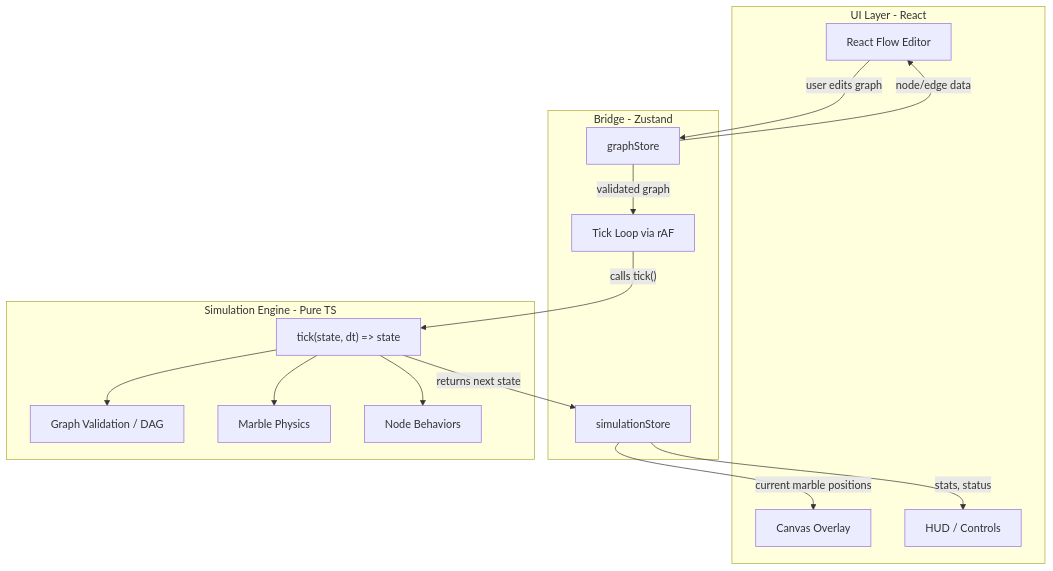
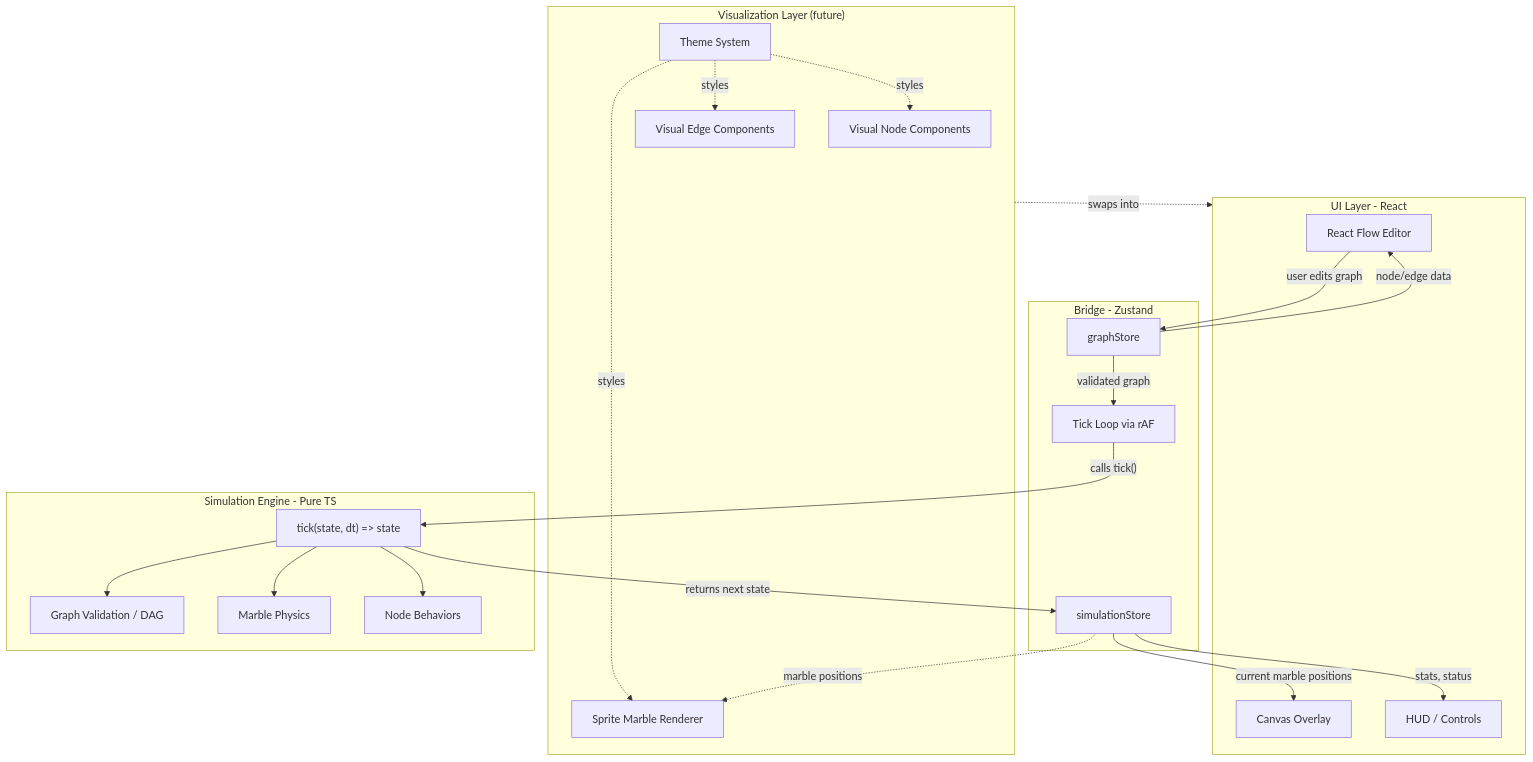
One commit to clemniem/marble_machine_simulator changed the first of 3 diagrams in ARCHITECTURE.md. Above: the diagram before and after it, drawn with Mermaid. The commit also changed other lines of this file, not shown here.

Commit message:
Vis Layer

````diff
--- a/ARCHITECTURE.md
+++ b/ARCHITECTURE.md
@@ -19,32 +19,45 @@
 ```mermaid
 graph TB
   subgraph uiLayer [UI Layer - React]
     ReactFlow[React Flow Editor]
     CanvasOverlay[Canvas Overlay]
     HUD[HUD / Controls]
+  end
+
+  subgraph vizLayer ["Visualization Layer (future)"]
+    VisualNodes[Visual Node Components]
+    VisualEdges[Visual Edge Components]
+    SpriteRenderer[Sprite Marble Renderer]
+    ThemeSystem[Theme System]
   end
 
   subgraph bridgeLayer [Bridge - Zustand]
     GraphStore[graphStore]
     SimStore[simulationStore]
     TickLoop[Tick Loop via rAF]
   end
 
   subgraph simLayer [Simulation Engine - Pure TS]
     TickFn["tick(state, dt) => state"]
     GraphLogic[Graph Validation / DAG]
     MarblePhysics[Marble Physics]
     NodeBehaviors[Node Behaviors]
   end
 
   ReactFlow -->|"user edits graph"| GraphStore
   GraphStore -->|"validated graph"| TickLoop
   TickLoop -->|"calls tick()"| TickFn
   TickFn --> MarblePhysics
   TickFn --> NodeBehaviors
   TickFn --> GraphLogic
   TickFn -->|"returns next state"| SimStore
   SimStore -->|"current marble positions"| CanvasOverlay
   SimStore -->|"stats, status"| HUD
   GraphStore -->|"node/edge data"| ReactFlow
+
+  vizLayer -.->|"swaps into"| uiLayer
+  ThemeSystem -.->|"styles"| VisualNodes
+  ThemeSystem -.->|"styles"| VisualEdges
+  ThemeSystem -.->|"styles"| SpriteRenderer
+  SimStore -.->|"marble positions"| SpriteRenderer
 ```
````
